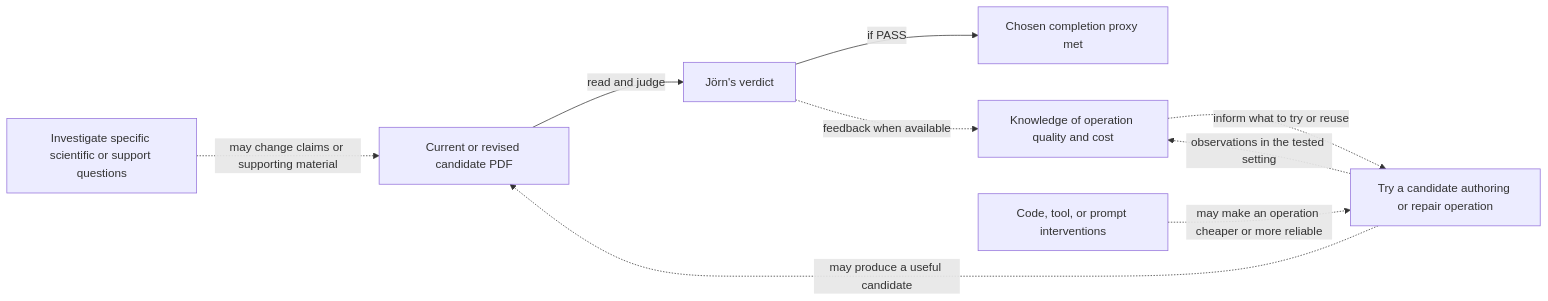
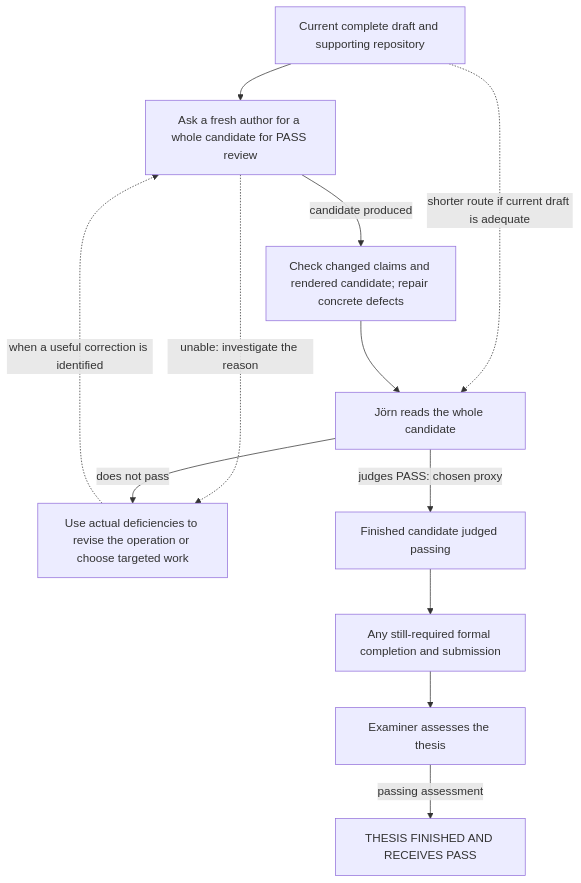
The diagram in memories/todos.md (JoernStoehler/msc-math), drawn with Mermaid before and after one commit. The commit also changed other lines of this file, not shown here.

First line of the commit message:
Connect thesis routes to PASS and compare omitted steps

````diff
--- a/memories/todos.md
+++ b/memories/todos.md
@@ -73,11 +75,14 @@
 ```mermaid
-flowchart LR
-  PDF["Current or revised candidate PDF"] -->|"read and judge"| J["Jörn's verdict"]
-  J -->|"if PASS"| P["Chosen completion proxy met"]
-  O["Try a candidate authoring or repair operation"] -.->|"may produce a useful candidate"| PDF
-  O -.->|"observations in the tested setting"| K["Knowledge of operation quality and cost"]
-  K -.->|"inform what to try or reuse"| O
-  J -.->|"feedback when available"| K
-  E["Investigate specific scientific or support questions"] -.->|"may change claims or supporting material"| PDF
-  C["Code, tool, or prompt interventions"] -.->|"may make an operation cheaper or more reliable"| O
+flowchart TD
+  D["Current complete draft and supporting repository"] --> A["Ask a fresh author for a whole candidate for PASS review"]
+  A -->|"candidate produced"| C["Check changed claims and rendered candidate; repair concrete defects"]
+  A -.->|"unable: investigate the reason"| F
+  D -.->|"shorter route if current draft is adequate"| R["Jörn reads the whole candidate"]
+  C --> R
+  R -->|"judges PASS: chosen proxy"| P["Finished candidate judged passing"]
+  R -->|"does not pass"| F["Use actual deficiencies to revise the operation or choose targeted work"]
+  F -.->|"when a useful correction is identified"| A
+  P --> S["Any still-required formal completion and submission"]
+  S --> X["Examiner assesses the thesis"]
+  X -->|"passing assessment"| T["THESIS FINISHED AND RECEIVES PASS"]
 ```
````
